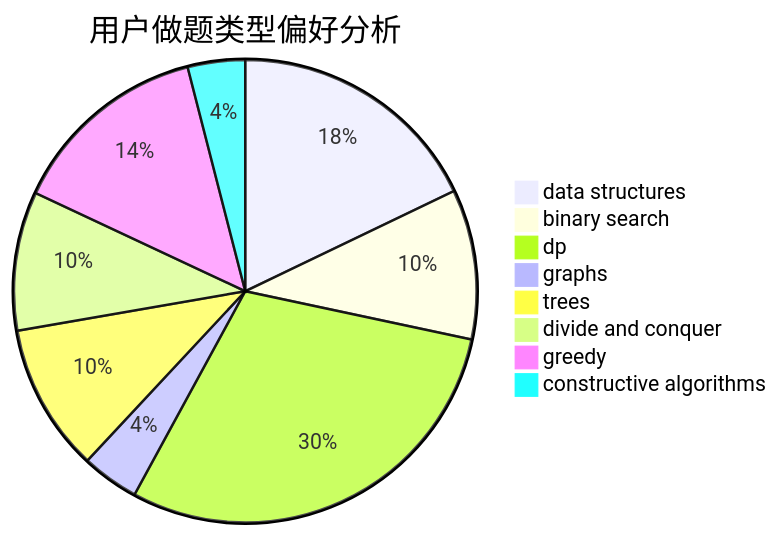
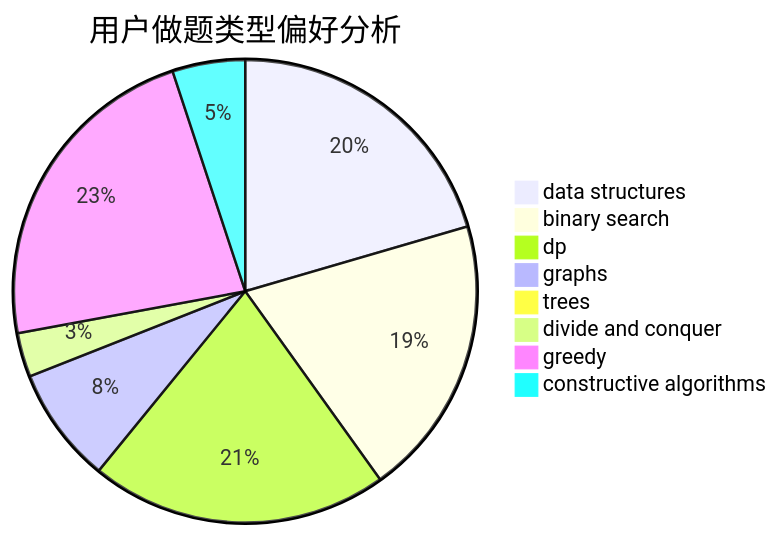
The second of 3 diagrams in docs/user/u62.md (sherpahu/cfrs.github.io), drawn with Mermaid before and after one commit. The commit also changed other lines of this file and 2770 other files, not shown here.

````diff
--- a/docs/user/u62.md
+++ b/docs/user/u62.md
@@ -23,11 +23,11 @@
 ```mermaid
 pie title 用户做题类型偏好分析
-    "data structures" :  116
-    "binary search" :  68
-    "dp" :  192
-    "graphs" :  26
-    "trees" :  67
-    "divide and conquer" :  63
-    "greedy" :  91
-    "constructive algorithms" :  26
+    "data structures" :  472
+    "binary search" :  452
+    "dp" :  479
+    "graphs" :  187
+    "trees" :  17
+    "divide and conquer" :  71
+    "greedy" :  526
+    "constructive algorithms" :  117
 ```
````
